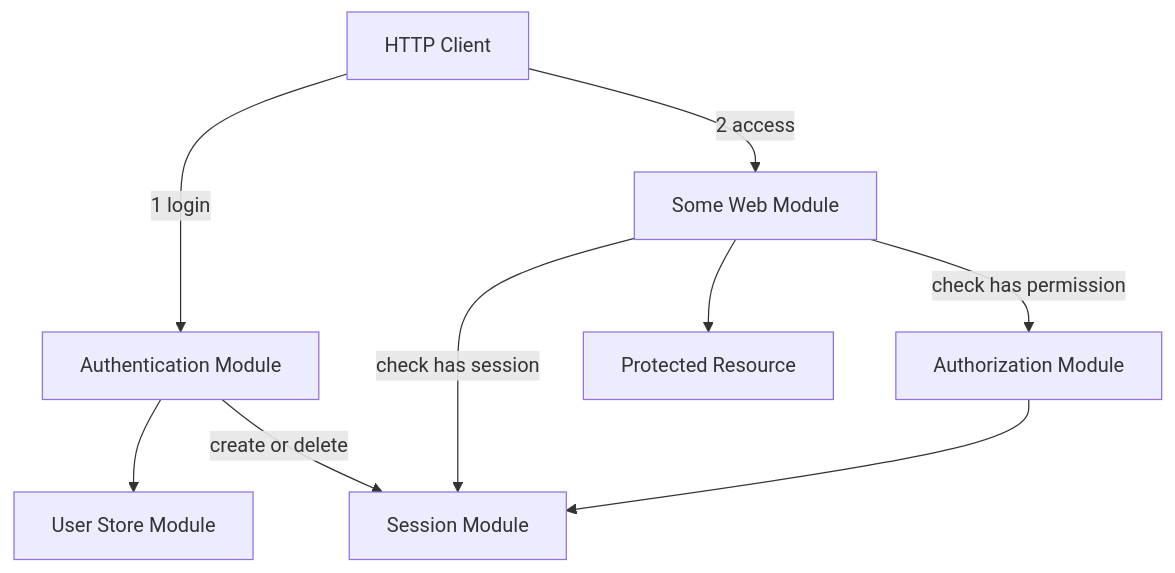
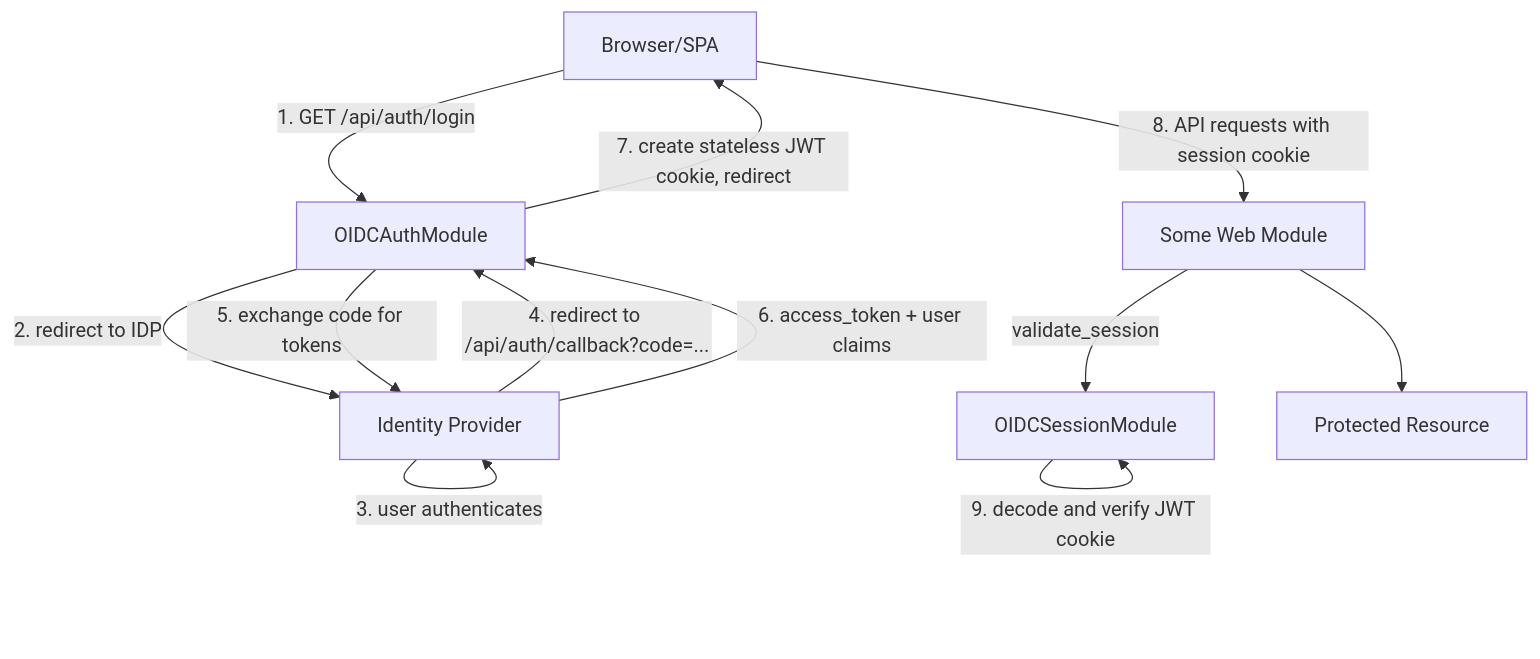
Before and after one commit to modAI-systems/modAI-chat: the first of 2 diagrams in backend/omni/docs/architecture/auth.md, drawn with Mermaid. The commit also changed other lines of this file and 42 other files, not shown here.

````diff
--- a/backend/omni/docs/architecture/auth.md
+++ b/backend/omni/docs/architecture/auth.md
@@ -17,12 +21,14 @@
 ```mermaid
 flowchart TD
-    A[HTTP Client] -->|1 login| B[Authentication Module]
-    B --> D[User Store Module]
-    B -->|create or delete| C[Session Module]
-
-    H[Some Web Module] -->|check has session| C
-    A[HTTP Client] -->|2 access| H
-    H -->|check has permission| E[Authorization Module]
-    E --> C
+    A[Browser/SPA] -->|1. GET /api/auth/login| B[OIDCAuthModule]
+    B -->|2. redirect to IDP| IDP[Identity Provider]
+    IDP -->|3. user authenticates| IDP
+    IDP -->|4. redirect to /api/auth/callback?code=...| B
+    B -->|5. exchange code for tokens| IDP
+    IDP -->|6. access_token + user claims| B
+    B -->|7. create stateless JWT cookie, redirect| A
+    A -->|8. API requests with session cookie| H
+    H[Some Web Module] -->|validate_session| S[OIDCSessionModule]
+    S -->|9. decode and verify JWT cookie| S
     H --> F[Protected Resource]
 ```
````
